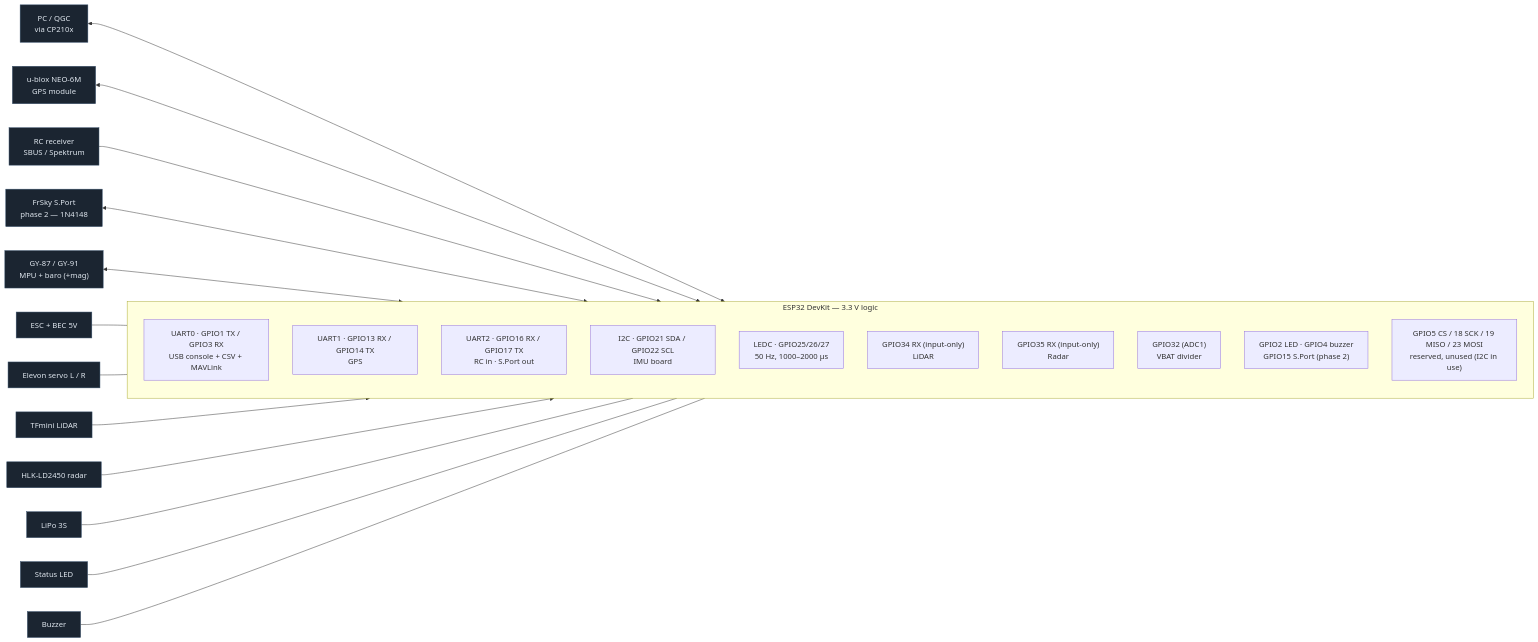
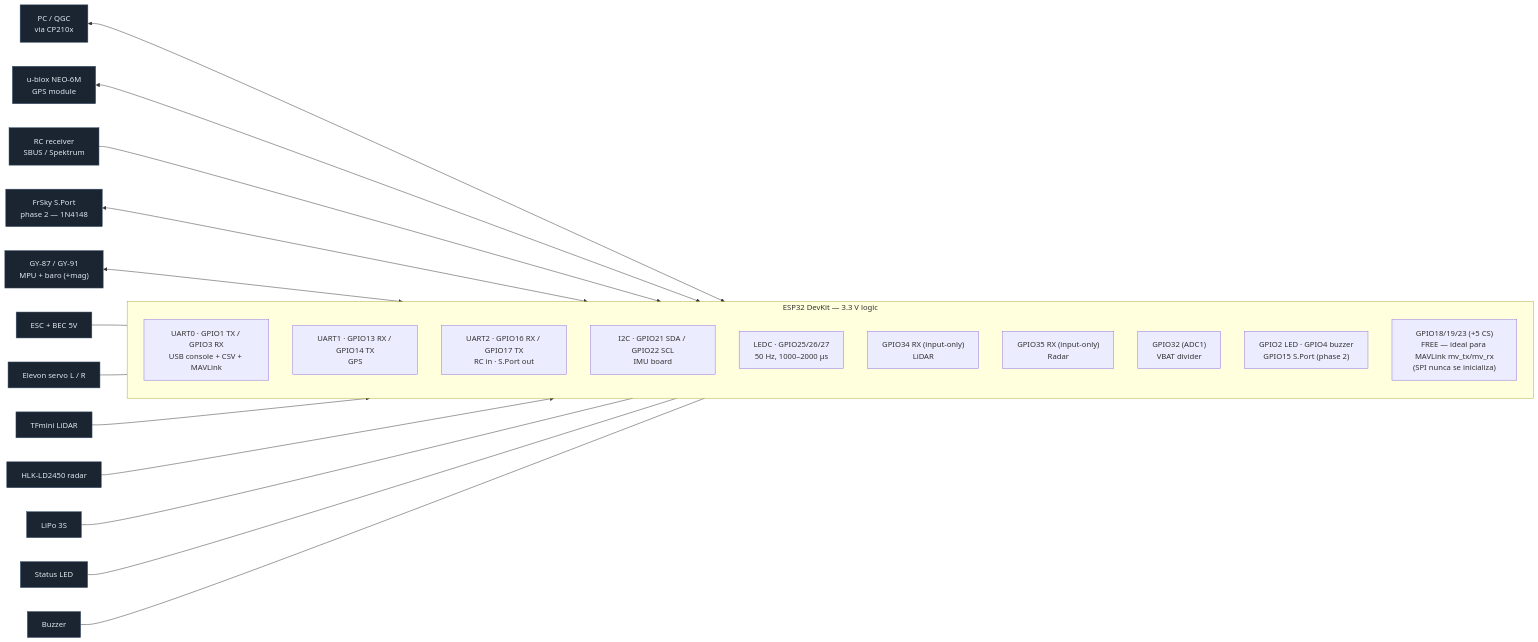
One commit to djtrance/ardroneReBorn changed the first of 3 diagrams in esp32-airplane/docs/wiring.md. Above: the diagram before and after it, drawn with Mermaid. The commit also changed other lines of this file, not shown here.

First line of the commit message:
docs(wiring): answer whether GPIO22/23 can host MAVLink (23 yes, 22 no)

````diff
--- a/esp32-airplane/docs/wiring.md
+++ b/esp32-airplane/docs/wiring.md
@@ -11,33 +11,33 @@
 ```mermaid
 graph LR
     subgraph FC["ESP32 DevKit — 3.3 V logic"]
         direction TB
         U0["UART0 · GPIO1 TX / GPIO3 RX<br/>USB console + CSV + MAVLink"]
         U1["UART1 · GPIO13 RX / GPIO14 TX<br/>GPS"]
         U2["UART2 · GPIO16 RX / GPIO17 TX<br/>RC in · S.Port out"]
         I2C["I2C · GPIO21 SDA / GPIO22 SCL<br/>IMU board"]
         PWM["LEDC · GPIO25/26/27<br/>50 Hz, 1000–2000 µs"]
         RX34["GPIO34 RX (input-only)<br/>LiDAR"]
         RX35["GPIO35 RX (input-only)<br/>Radar"]
         ADC1["GPIO32 (ADC1)<br/>VBAT divider"]
         IO["GPIO2 LED · GPIO4 buzzer<br/>GPIO15 S.Port (phase 2)"]
-        SPI["GPIO5 CS / 18 SCK / 19 MISO / 23 MOSI<br/>reserved, unused (I2C in use)"]
+        SPI["GPIO18/19/23 (+5 CS)<br/>FREE — ideal para MAVLink mv_tx/mv_rx<br/>(SPI nunca se inicializa)"]
     end
 
     USB["PC / QGC<br/>via CP210x"] <--> U0
     GPSM["u-blox NEO-6M<br/>GPS module"] <--> U1
     RCX["RC receiver<br/>SBUS / Spektrum"] --> U2
     SPORTM["FrSky S.Port<br/>phase 2 — 1N4148"] <--> U2
     IMUB["GY-87 / GY-91<br/>MPU + baro (+mag)"] <--> I2C
     ESCM["ESC + BEC 5V"] --- PWM
     SERV["Elevon servo L / R"] --- PWM
     TF["TFmini LiDAR"] --> RX34
     LD["HLK-LD2450 radar"] --> RX35
     BAT["LiPo 3S"] --- ADC1
     LEDM["Status LED"] --- IO
     BEEP["Buzzer"] --- IO
 
     classDef dev fill:#1b2531,stroke:#37506b,color:#dfe6ee
     classDef warn fill:#3a2424,stroke:#8b3a3a,color:#ffb3b3
     class GPSM,RCX,IMUB,TF,LD,ESCM,SERV,BAT,USB,LEDM,BEEP,SPORTM dev
 ```
````
